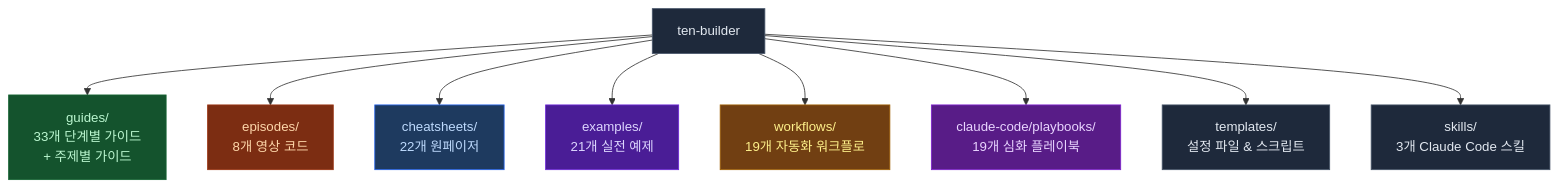
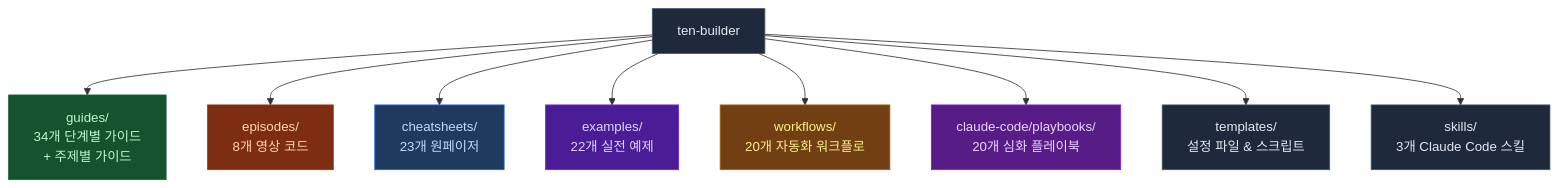
The first of 2 diagrams in README.md (ten-builder/ten-builder), drawn with Mermaid before and after one commit. The commit also changed other lines of this file, not shown here.

````diff
--- a/README.md
+++ b/README.md
@@ -23,21 +23,21 @@
 ```mermaid
 flowchart TD
-    R["ten-builder"] --> G["guides/\n33개 단계별 가이드\n+ 주제별 가이드"]
+    R["ten-builder"] --> G["guides/\n34개 단계별 가이드\n+ 주제별 가이드"]
     R --> E["episodes/\n8개 영상 코드"]
-    R --> C["cheatsheets/\n22개 원페이저"]
-    R --> EX["examples/\n21개 실전 예제"]
-    R --> W["workflows/\n19개 자동화 워크플로"]
-    R --> P["claude-code/playbooks/\n19개 심화 플레이북"]
+    R --> C["cheatsheets/\n23개 원페이저"]
+    R --> EX["examples/\n22개 실전 예제"]
+    R --> W["workflows/\n20개 자동화 워크플로"]
+    R --> P["claude-code/playbooks/\n20개 심화 플레이북"]
     R --> T["templates/\n설정 파일 & 스크립트"]
     R --> S["skills/\n3개 Claude Code 스킬"]
 
     style R fill:#1e293b,stroke:#475569,color:#e2e8f0
     style G fill:#14532d,stroke:#166534,color:#bbf7d0
     style E fill:#7c2d12,stroke:#9a3412,color:#fed7aa
     style C fill:#1e3a5f,stroke:#2563eb,color:#bfdbfe
     style EX fill:#4a1d96,stroke:#6d28d9,color:#ddd6fe
     style W fill:#713f12,stroke:#a16207,color:#fef08a
     style P fill:#581c87,stroke:#7e22ce,color:#e9d5ff
     style T fill:#1e293b,stroke:#475569,color:#e2e8f0
     style S fill:#1e293b,stroke:#475569,color:#e2e8f0
 ```
````
